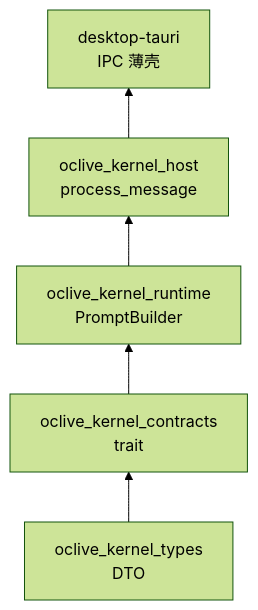
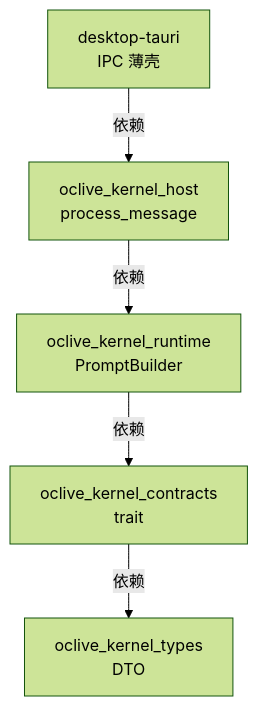
Before and after one commit to linkaiheng2233-cyber/oclivenewnew: the second of 2 diagrams in human-docs/01_ARCHITECTURE_SIMPLE.md, drawn with Mermaid (forest theme). The commit also changed other lines of this file and 231 other files, not shown here.

Commit message:
docs(architecture): align project around tool kernel

````diff
--- a/human-docs/01_ARCHITECTURE_SIMPLE.md
+++ b/human-docs/01_ARCHITECTURE_SIMPLE.md
@@ -191,9 +197,9 @@
 ```mermaid
-flowchart BT
+flowchart TB
   types[oclive_kernel_types\nDTO]
   contracts[oclive_kernel_contracts\ntrait]
   runtime[oclive_kernel_runtime\nPromptBuilder]
   host[oclive_kernel_host\nprocess_message]
   tauri[desktop-tauri\nIPC 薄壳]
-  types --> contracts --> runtime --> host --> tauri
+  tauri -->|依赖| host -->|依赖| runtime -->|依赖| contracts -->|依赖| types
 ```
````
